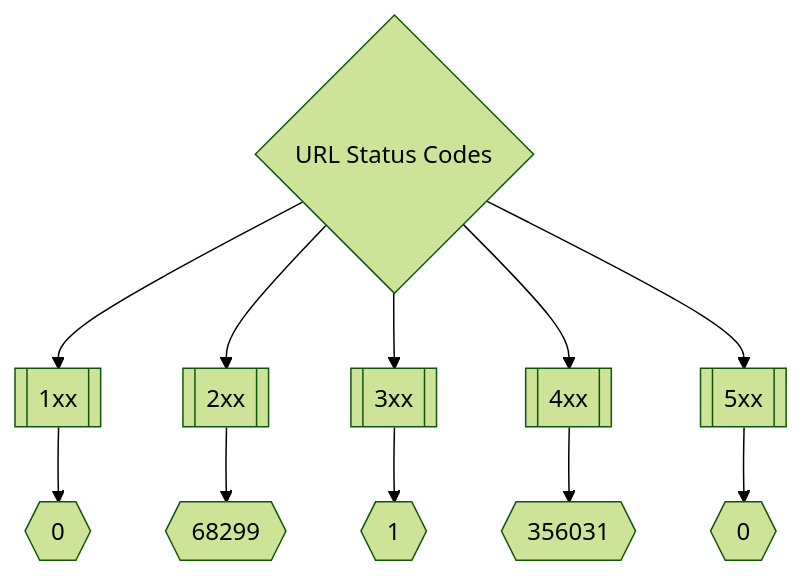
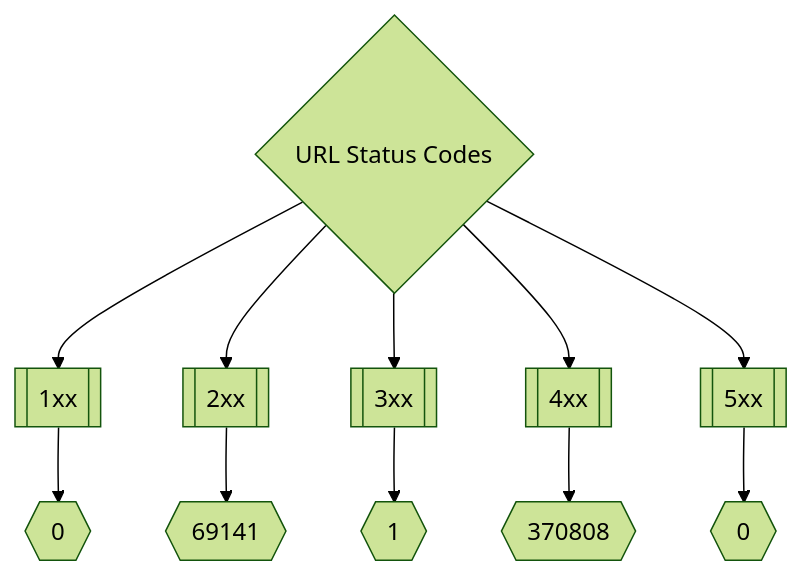
The second of 3 diagrams in README.md (trickest/inventory), drawn with Mermaid (forest theme) before and after one commit. The commit also changed other lines of this file, not shown here.

Commit message:
Update Wed Apr 27 14:10:20 UTC 2022

````diff
--- a/README.md
+++ b/README.md
@@ -173,8 +173,8 @@
 ```mermaid
 graph TD
 title{URL Status Codes} --> 1xx[[1xx]] --> status1xxNum{{0}}
-title --> 2xx[[2xx]] --> status2xxNum{{68299}}
+title --> 2xx[[2xx]] --> status2xxNum{{69141}}
 title --> 3xx[[3xx]] --> status3xxNum{{1}}
-title --> 4xx[[4xx]] --> status4xxNum{{356031}}
+title --> 4xx[[4xx]] --> status4xxNum{{370808}}
 title --> 5xx[[5xx]] --> status5xxNum{{0}}
 ```
````
